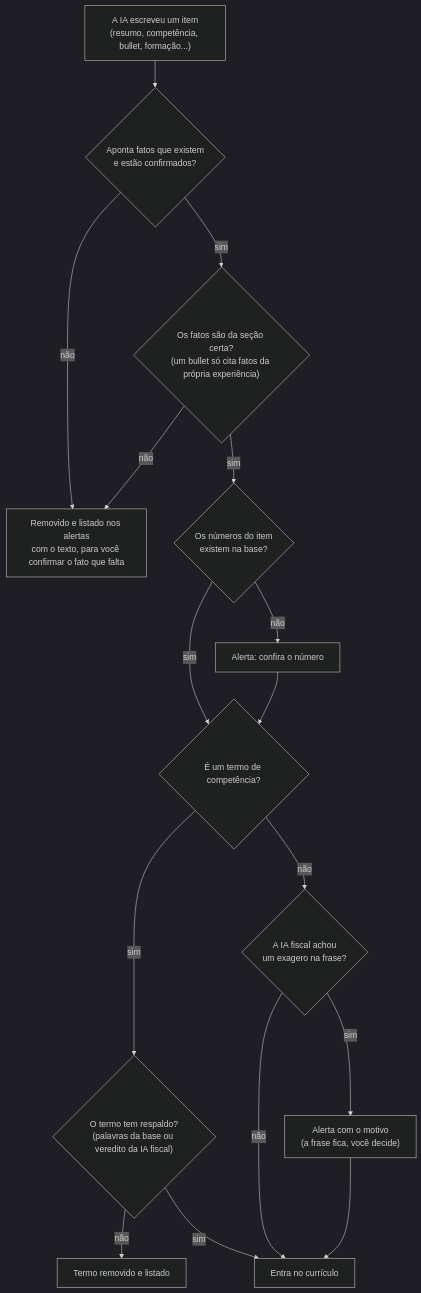
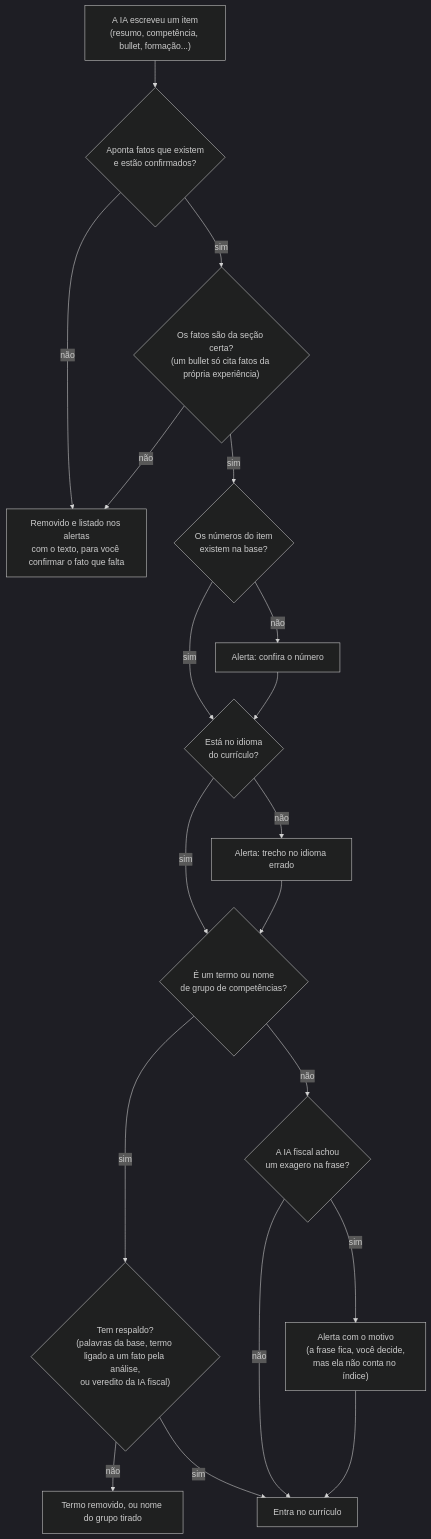
The fourth of 10 diagrams in README.md (feeslopes/assistente_curriculo), drawn with Mermaid (dark theme) before and after one commit. The commit also changed other lines of this file and 1 other file, not shown here.

First line of the commit message:
Atualiza diagramas e documentação para a interface atual

````diff
--- a/README.md
+++ b/README.md
@@ -327,18 +331,21 @@
 ```mermaid
 flowchart TD
   A["A IA escreveu um item<br/>(resumo, competência, bullet, formação...)"] --> B{"Aponta fatos que existem<br/>e estão confirmados?"}
   B -- "não" --> X1["Removido e listado nos alertas<br/>com o texto, para você confirmar o fato que falta"]
   B -- "sim" --> C{"Os fatos são da seção certa?<br/>(um bullet só cita fatos da própria experiência)"}
   C -- "não" --> X1
   C -- "sim" --> D{"Os números do item<br/>existem na base?"}
   D -- "não" --> W1["Alerta: confira o número"]
-  D -- "sim" --> E
-  W1 --> E{"É um termo de competência?"}
-  E -- "sim" --> F{"O termo tem respaldo?<br/>(palavras da base ou veredito da IA fiscal)"}
-  F -- "não" --> X2["Termo removido e listado"]
+  D -- "sim" --> I
+  W1 --> I{"Está no idioma<br/>do currículo?"}
+  I -- "não" --> W3["Alerta: trecho no idioma errado"]
+  I -- "sim" --> E
+  W3 --> E{"É um termo ou nome<br/>de grupo de competências?"}
+  E -- "sim" --> F{"Tem respaldo?<br/>(palavras da base, termo ligado a um fato pela análise,<br/>ou veredito da IA fiscal)"}
+  F -- "não" --> X2["Termo removido, ou nome do grupo tirado"]
   F -- "sim" --> G
   E -- "não" --> H{"A IA fiscal achou<br/>um exagero na frase?"}
-  H -- "sim" --> W2["Alerta com o motivo<br/>(a frase fica, você decide)"]
+  H -- "sim" --> W2["Alerta com o motivo<br/>(a frase fica, você decide,<br/>mas ela não conta no índice)"]
   H -- "não" --> G["Entra no currículo"]
   W2 --> G
 ```
````
